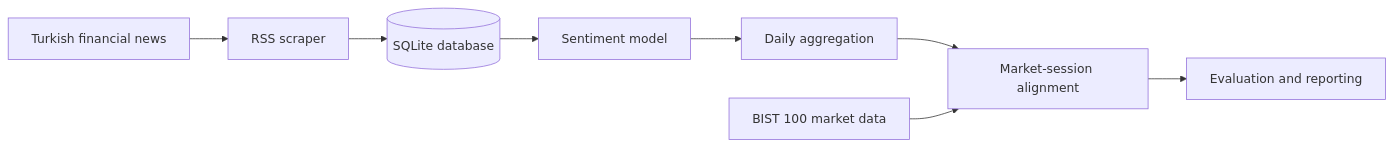
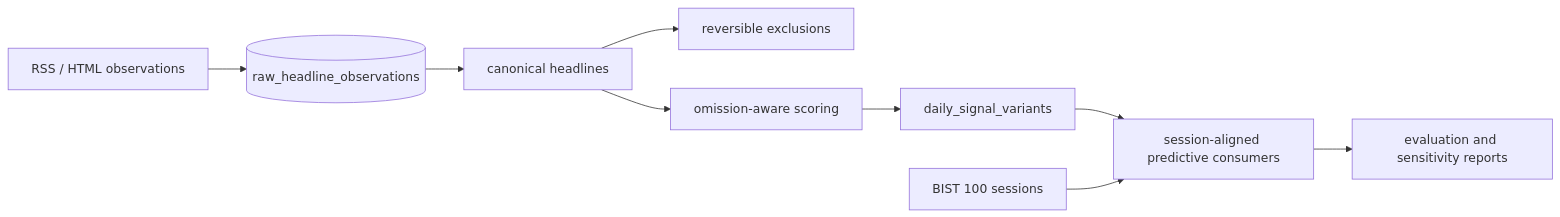
Before and after one commit to amirremirr/Turkish-stock-market-sentiment-analysis: the diagram in README.md, drawn with Mermaid. The commit also changed other lines of this file and 65 other files, not shown here.

````diff
--- a/README.md
+++ b/README.md
@@ -131,10 +174,11 @@
 ```mermaid
 flowchart LR
-    A[Turkish financial news] --> B[RSS scraper]
-    B --> C[(SQLite database)]
-    C --> D[Sentiment model]
-    D --> E[Daily aggregation]
-    E --> F[Market-session alignment]
-    G[BIST 100 market data] --> F
-    F --> H[Evaluation and reporting]
+    A[RSS / HTML observations] --> B[(raw_headline_observations)]
+    B --> C[canonical headlines]
+    C --> X[reversible exclusions]
+    C --> D[omission-aware scoring]
+    D --> E[daily_signal_variants]
+    E --> F[session-aligned predictive consumers]
+    G[BIST 100 sessions] --> F
+    F --> H[evaluation and sensitivity reports]
 ```
````
